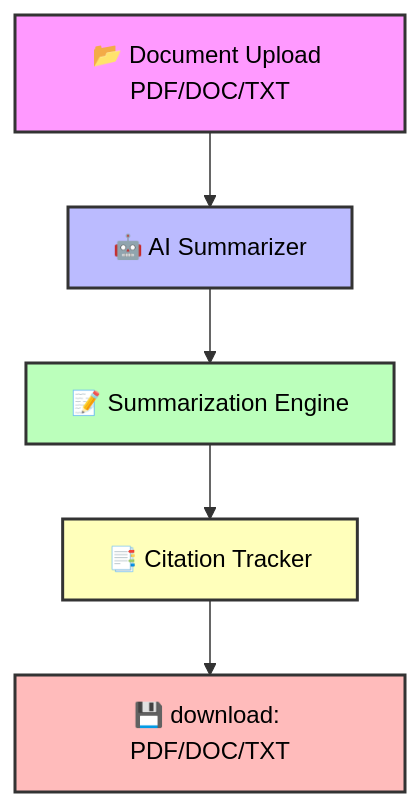
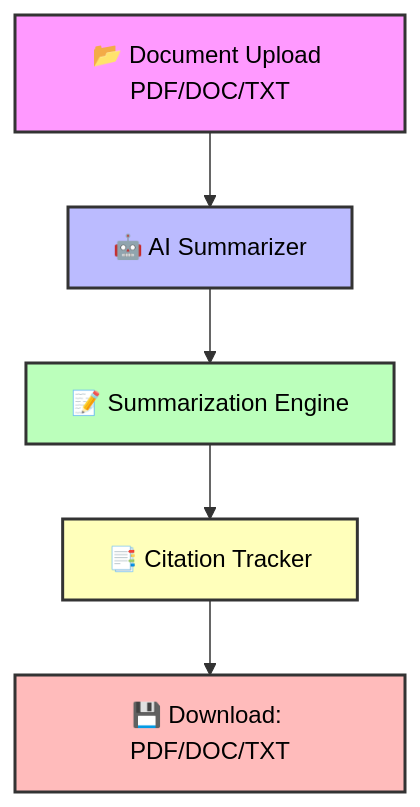
One commit to manishpatil55/smart-summarizer changed the diagram in README.md. Above: the diagram before and after it, drawn with Mermaid. The commit also changed other lines of this file, not shown here.

````diff
--- a/README.md
+++ b/README.md
@@ -47,14 +47,14 @@
 ```mermaid
 flowchart TD
     style A fill:#f9f,stroke:#333,stroke-width:2px,color:#000
     style B fill:#bbf,stroke:#333,stroke-width:2px,color:#000
     style C fill:#bfb,stroke:#333,stroke-width:2px,color:#000
     style D fill:#ffb,stroke:#333,stroke-width:2px,color:#000
     style E fill:#fbb,stroke:#333,stroke-width:2px,color:#000
 
     A[📂 Document Upload PDF/DOC/TXT] --> B[🤖 AI Summarizer]
     B --> C[📝 Summarization Engine]
     C --> D[📑 Citation Tracker]
-    D --> E[💾 download: PDF/DOC/TXT]
+    D --> E[💾 Download: PDF/DOC/TXT]
 
 ```
````
